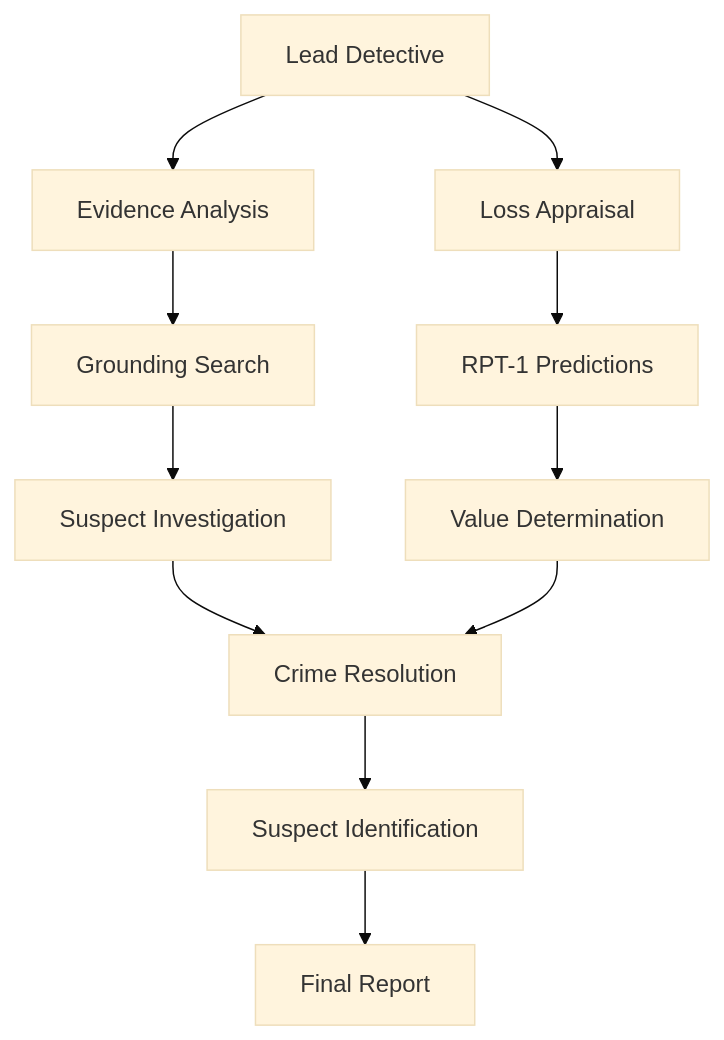
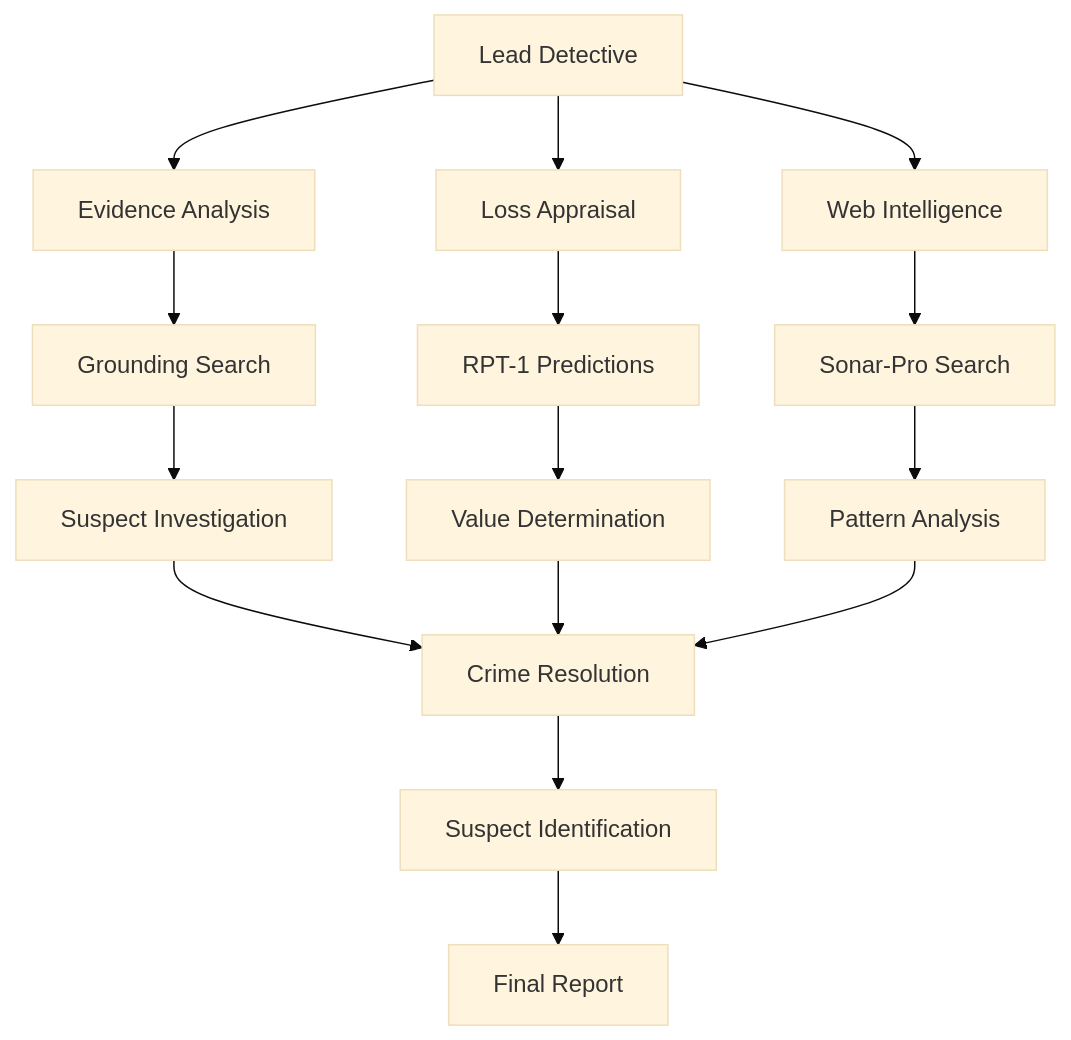
The diagram in exercises/Python/07-solve-the-crime.md (SAP-samples/codejam-code-based-agents), drawn with Mermaid (base theme) before and after one commit. The commit also changed other lines of this file and 9 other files, not shown here.

````diff
--- a/exercises/Python/07-solve-the-crime.md
+++ b/exercises/Python/07-solve-the-crime.md
@@ -247,13 +263,17 @@
 ```mermaid
 flowchart TD
     A[Lead Detective] --> B[Evidence Analysis]
     B --> C[Grounding Search]
     C --> D[Suspect Investigation]
     A --> E[Loss Appraisal]
     E --> F[RPT-1 Predictions]
     F --> G[Value Determination]
-    D --> H[Crime Resolution]
-    G --> H
-    H --> I[Suspect Identification]
-    I --> J[Final Report]
+    A --> H[Web Intelligence]
+    H --> I[Sonar-Pro Search]
+    I --> J[Pattern Analysis]
+    D --> K[Crime Resolution]
+    G --> K
+    J --> K
+    K --> L[Suspect Identification]
+    L --> M[Final Report]
 ```
````
